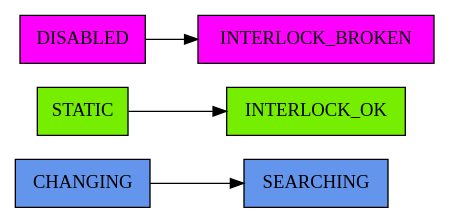
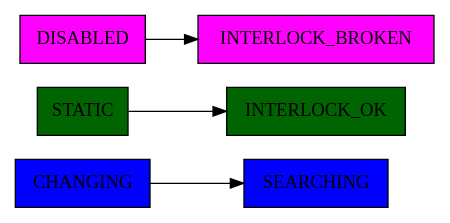
Before and after one commit to European-XFEL/Karabo: the seventh of 7 diagrams in doc/concepts/states.rst, drawn with Graphviz. The commit also changed other lines of this file, not shown here.

```diff
--- a/doc/concepts/states.rst
+++ b/doc/concepts/states.rst
@@ -669,16 +669,16 @@
 .. digraph:: state_transitions
 
     rankdir = LR;
 
-    "CHANGING"[shape = box style=filled, fillcolor=cornflowerblue]
-    "SEARCHING"[shape = box style=filled, fillcolor=cornflowerblue]
+    "CHANGING"[shape = box style=filled, fillcolor=blue]
+    "SEARCHING"[shape = box style=filled, fillcolor=blue]
 
-    "STATIC"[shape = box style=filled, fillcolor=chartreuse2]
-    "INTERLOCK_OK"[shape = box style=filled, fillcolor=chartreuse2]
+    "STATIC"[shape = box style=filled, fillcolor=darkgreen]
+    "INTERLOCK_OK"[shape = box style=filled, fillcolor=darkgreen]
 
     "DISABLED"[shape = box style=filled, fillcolor=magenta]
     "INTERLOCK_BROKEN"[shape = box style=filled, fillcolor=magenta]
 
     "CHANGING" -> "SEARCHING"
     "STATIC" -> "INTERLOCK_OK"
     "DISABLED" -> "INTERLOCK_BROKEN"
```
